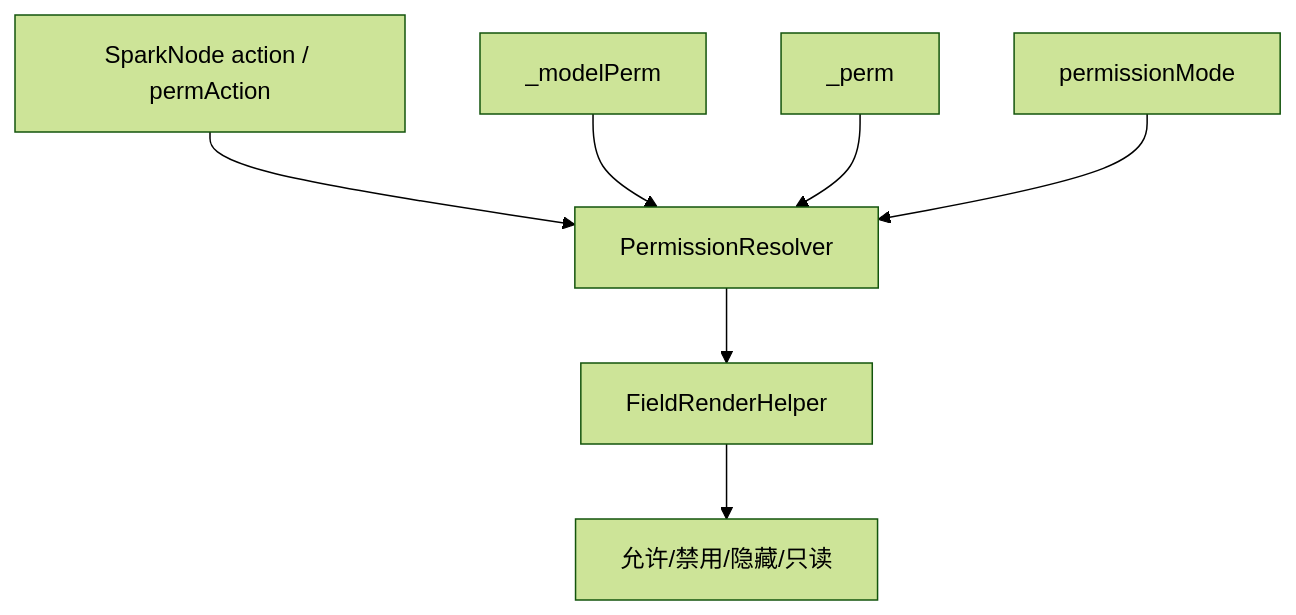
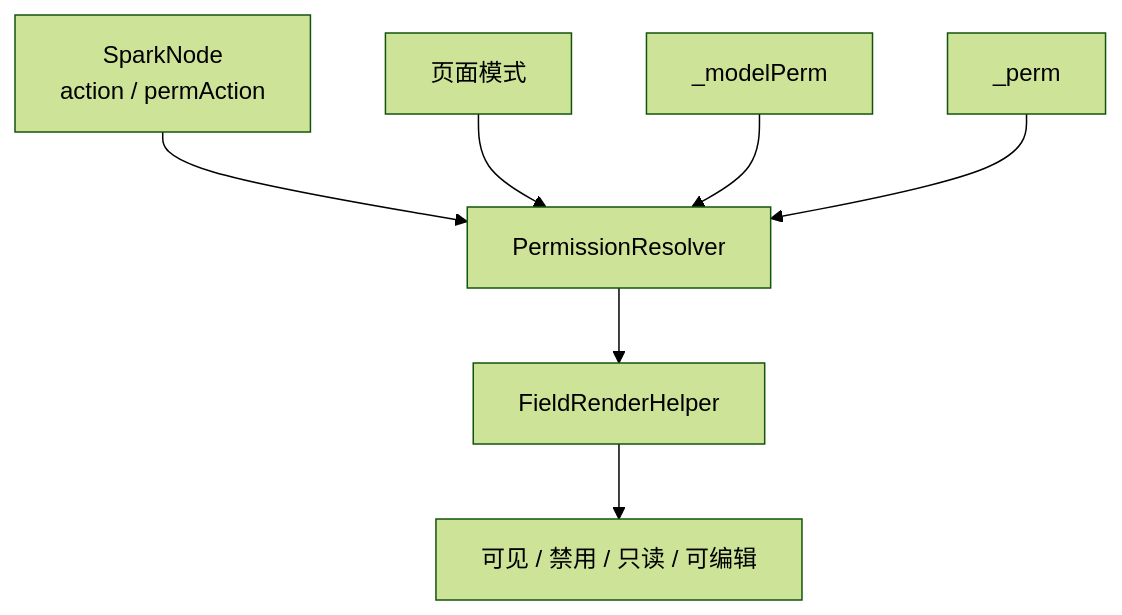
The tenth of 16 diagrams in docs/SPARK_VIEW_PROJECT_DEEP_DIVE_ZH.md (LMSpark/spark-view-vue), drawn with Mermaid (forest theme) before and after one commit. The commit also changed other lines of this file and 120 other files, not shown here.

First line of the commit message:
fix(spark-component): migrate legacy props.id and suppress FieldContextRenderer attr fallthrough

````diff
--- a/docs/SPARK_VIEW_PROJECT_DEEP_DIVE_ZH.md
+++ b/docs/SPARK_VIEW_PROJECT_DEEP_DIVE_ZH.md
@@ -428,17 +478,17 @@
 ```mermaid
 flowchart TD
-  Node["SparkNode action / permAction"]
-  Resolver["PermissionResolver"]
+  Node["SparkNode<br/>action / permAction"]
+  Mode["页面模式"]
   ModelPerm["_modelPerm"]
   RowPerm["_perm"]
-  Mode["permissionMode"]
-  Field["FieldRenderHelper"]
-  Result["允许/禁用/隐藏/只读"]
+  Resolver["PermissionResolver"]
+  FieldState["FieldRenderHelper"]
+  Result["可见 / 禁用 / 只读 / 可编辑"]
 
   Node --> Resolver
+  Mode --> Resolver
   ModelPerm --> Resolver
   RowPerm --> Resolver
-  Mode --> Resolver
-  Resolver --> Field
-  Field --> Result
+  Resolver --> FieldState
+  FieldState --> Result
 ```
````
